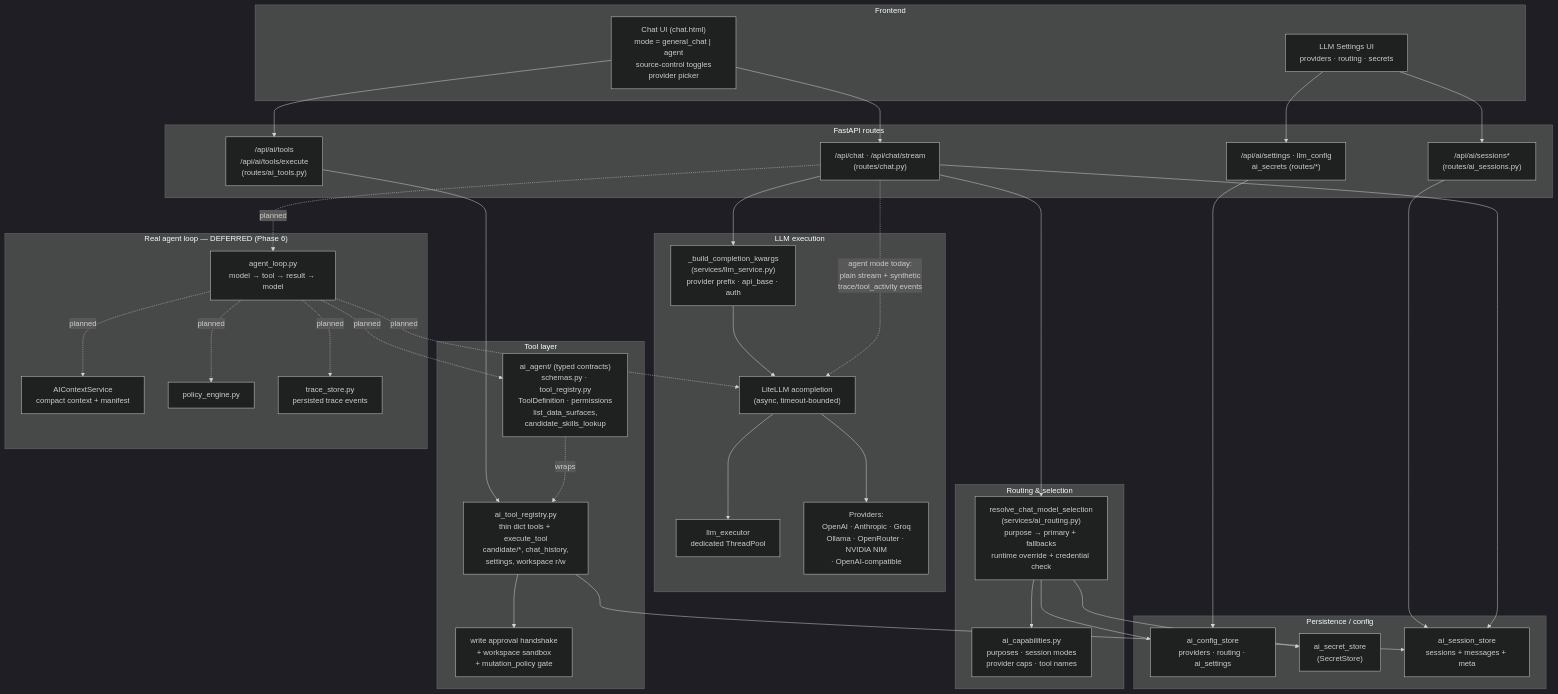
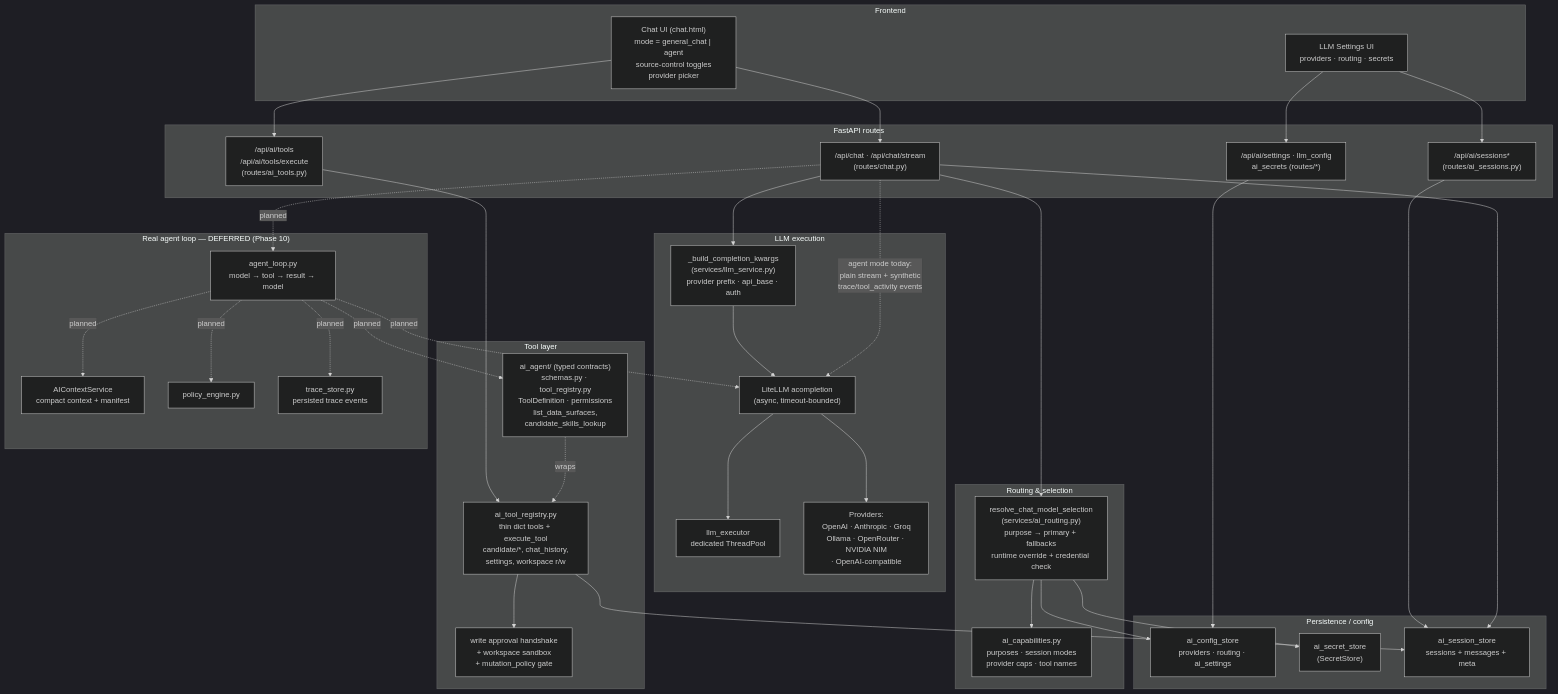
The first of 2 diagrams in docs/design/ai-agent-graph.md (vardan6/job-finder-qwen-code), drawn with Mermaid (dark theme) before and after one commit. The commit also changed other lines of this file and 60 other files, not shown here.

````diff
--- a/docs/design/ai-agent-graph.md
+++ b/docs/design/ai-agent-graph.md
@@ -10,78 +10,78 @@
 ```mermaid
 flowchart TB
     subgraph UI["Frontend"]
         chat_ui["Chat UI (chat.html)\nmode = general_chat | agent\nsource-control toggles\nprovider picker"]
         settings_ui["LLM Settings UI\nproviders · routing · secrets"]
     end
 
     subgraph Routes["FastAPI routes"]
         r_chat["/api/chat · /api/chat/stream\n(routes/chat.py)"]
         r_tools["/api/ai/tools\n/api/ai/tools/execute\n(routes/ai_tools.py)"]
         r_sess["/api/ai/sessions*\n(routes/ai_sessions.py)"]
         r_set["/api/ai/settings · llm_config\nai_secrets (routes/*)"]
     end
 
     subgraph Routing["Routing & selection"]
         ai_routing["resolve_chat_model_selection\n(services/ai_routing.py)\npurpose → primary + fallbacks\nruntime override + credential check"]
         caps["ai_capabilities.py\npurposes · session modes\nprovider caps · tool names"]
     end
 
     subgraph Stores["Persistence / config"]
         cfg["ai_config_store\nproviders · routing · ai_settings"]
         secrets["ai_secret_store\n(SecretStore)"]
         sess["ai_session_store\nsessions + messages + meta"]
     end
 
     subgraph Exec["LLM execution"]
         build["_build_completion_kwargs\n(services/llm_service.py)\nprovider prefix · api_base · auth"]
         litellm["LiteLLM acompletion\n(async, timeout-bounded)"]
         pool["llm_executor\ndedicated ThreadPool"]
         providers["Providers:\nOpenAI · Anthropic · Groq\nOllama · OpenRouter · NVIDIA NIM\n· OpenAI-compatible"]
     end
 
     subgraph Tools["Tool layer"]
         thin["ai_tool_registry.py\nthin dict tools + execute_tool\ncandidate/*, chat_history,\nsettings, workspace r/w"]
         typed["ai_agent/ (typed contracts)\nschemas.py · tool_registry.py\nToolDefinition · permissions\nlist_data_surfaces,\ncandidate_skills_lookup"]
         approval["write approval handshake\n+ workspace sandbox\n+ mutation_policy gate"]
     end
 
-    subgraph Agent["Real agent loop — DEFERRED (Phase 6)"]
+    subgraph Agent["Real agent loop — DEFERRED (Phase 10)"]
         loop["agent_loop.py\nmodel → tool → result → model"]
         ctx["AIContextService\ncompact context + manifest"]
         policy["policy_engine.py"]
         trace["trace_store.py\npersisted trace events"]
     end
 
     chat_ui --> r_chat
     settings_ui --> r_set
     settings_ui --> r_sess
     chat_ui --> r_tools
 
     r_chat --> ai_routing
     r_set --> cfg
     r_sess --> sess
     r_tools --> thin
 
     ai_routing --> cfg
     ai_routing --> secrets
     ai_routing --> caps
 
     r_chat --> sess
     r_chat --> build
     build --> litellm
     litellm --> pool
     litellm --> providers
 
     thin --> approval
     thin --> sess
     typed -.wraps.-> thin
 
     r_chat -. "agent mode today:\nplain stream + synthetic\ntrace/tool_activity events" .-> litellm
 
     loop -.planned.-> ctx
     loop -.planned.-> typed
     loop -.planned.-> policy
     loop -.planned.-> trace
     loop -.planned.-> litellm
     r_chat -.planned.-> loop
 ```
````
